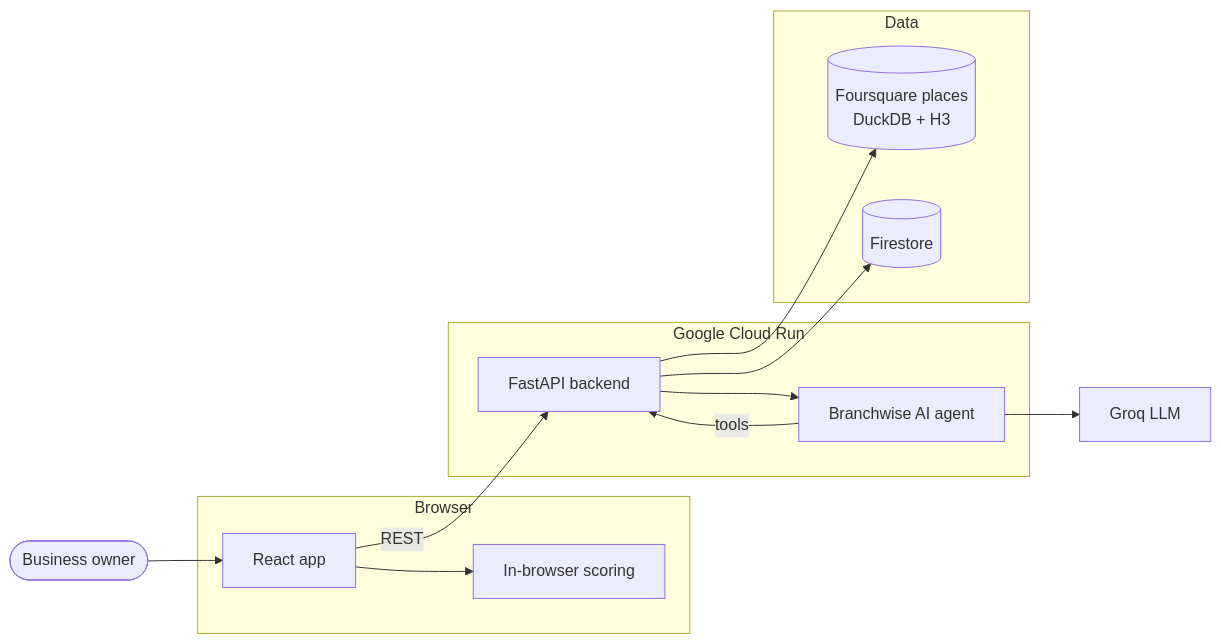
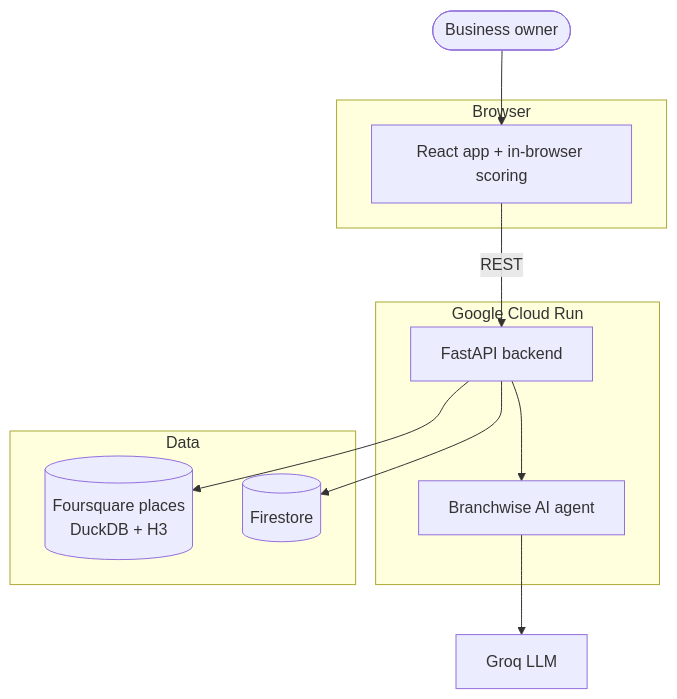
One commit to pranavanand2026-design/Branchwise changed the first of 2 diagrams in README.md. Above: the diagram before and after it, drawn with Mermaid. The commit also changed other lines of this file, not shown here.

Commit message:
README: stack the architecture diagram vertically; use the renamed repo URL

````diff
--- a/README.md
+++ b/README.md
@@ -29,28 +29,25 @@
 ```mermaid
-flowchart LR
+flowchart TB
     User([Business owner])
 
-    subgraph Browser
-        FE[React app]
-        SC[In-browser scoring]
+    subgraph web["Browser"]
+        FE[React app + in-browser scoring]
     end
 
     subgraph GCR["Google Cloud Run"]
         API[FastAPI backend]
         AI[Branchwise AI agent]
     end
 
-    subgraph Data
+    subgraph data["Data"]
         POI[(Foursquare places<br/>DuckDB + H3)]
         FS[(Firestore)]
     end
 
     User --> FE
-    FE --> SC
     FE -->|REST| API
     API --> AI
-    AI -->|tools| API
     AI --> Groq[Groq LLM]
     API --> POI
     API --> FS
 ```
````
